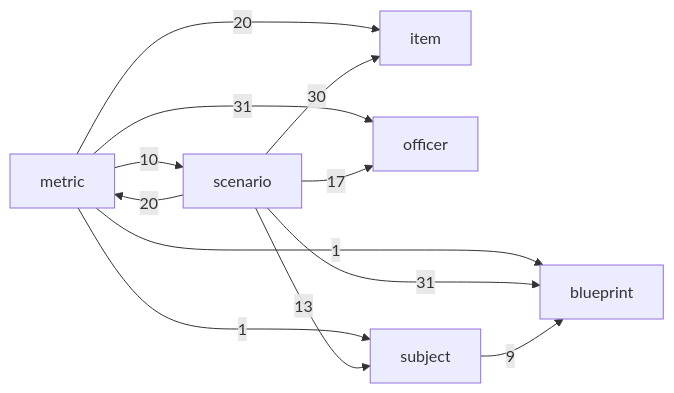
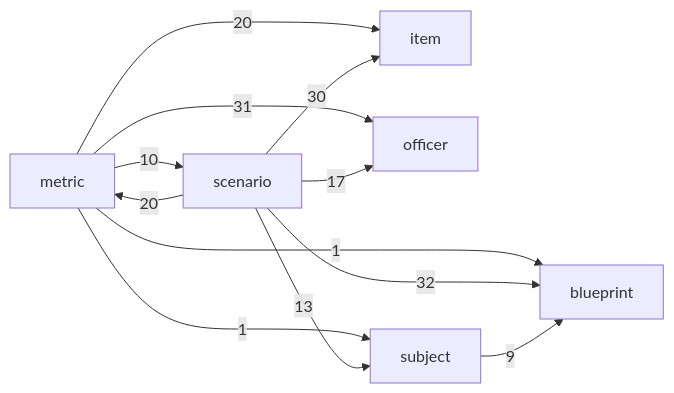
Before and after one commit to geraldmaron/tactically-idle: the diagram in docs/architecture.md, drawn with Mermaid. The commit also changed other lines of this file, not shown here.

Commit message:
Regenerate the architecture doc for the landed parked fixes

````diff
--- a/docs/architecture.md
+++ b/docs/architecture.md
@@ -40,14 +40,14 @@
 ```mermaid
 flowchart LR
   metric -->|1| blueprint
   metric -->|20| item
   metric -->|31| officer
   metric -->|10| scenario
   metric -->|1| subject
-  scenario -->|31| blueprint
+  scenario -->|32| blueprint
   scenario -->|30| item
   scenario -->|20| metric
   scenario -->|17| officer
   scenario -->|13| subject
   subject -->|9| blueprint
 ```
````
